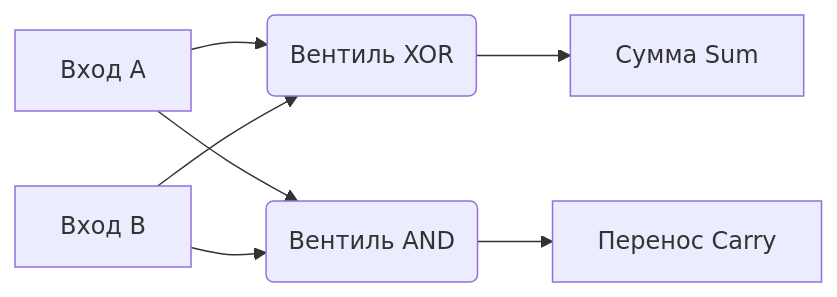
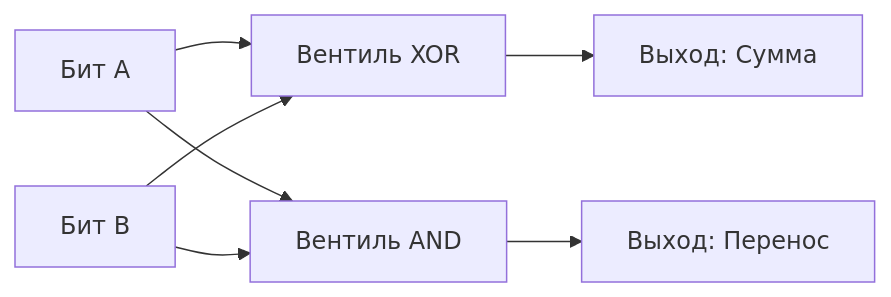
Before and after one commit to UnrealTemplier/go-vault: the first of 2 diagrams in 1. Архитектура компьютера/3. Комбинационная логика. Учим кремний считать.md, drawn with Mermaid. The commit also changed other lines of this file and 56 other files, not shown here.

````diff
--- a/1. Архитектура компьютера/3. Комбинационная логика. Учим кремний считать.md
+++ b/1. Архитектура компьютера/3. Комбинационная логика. Учим кремний считать.md
@@ -22,9 +35,9 @@
 ```mermaid
 flowchart LR
-    A[Вход A] --> XOR(Вентиль XOR)
-    B[Вход B] --> XOR
-    A --> AND(Вентиль AND)
+    A["Бит A"] --> XOR["Вентиль XOR"]
+    B["Бит B"] --> XOR
+    A --> AND["Вентиль AND"]
     B --> AND
-    XOR --> Sum[Сумма Sum]
-    AND --> Carry[Перенос Carry]
+    XOR --> SUM["Выход: Сумма"]
+    AND --> CARRY["Выход: Перенос"]
 ```
````
